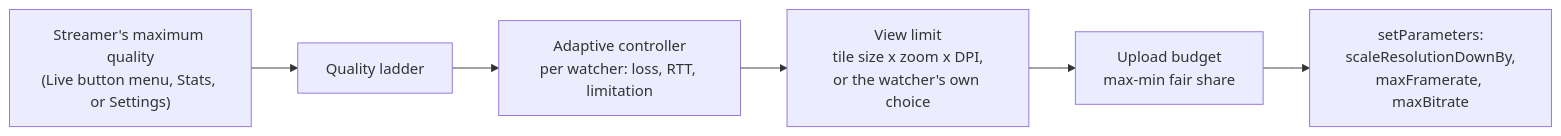
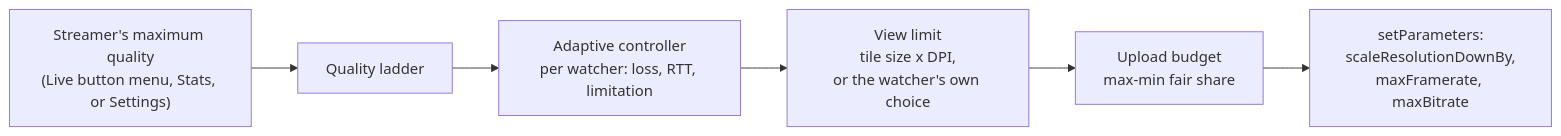
Before and after one commit to nsfxu/lan-screenshare: the third of 6 diagrams in docs/en-US/media-pipeline.md, drawn with Mermaid. The commit also changed other lines of this file and 17 other files, not shown here.

````diff
--- a/docs/en-US/media-pipeline.md
+++ b/docs/en-US/media-pipeline.md
@@ -107,8 +107,8 @@
 ```mermaid
 flowchart LR
   A["Streamer's maximum quality<br/>(Live button menu, Stats, or Settings)"] --> L["Quality ladder"]
   L --> B["Adaptive controller<br/>per watcher: loss, RTT, limitation"]
-  B --> C["View limit<br/>tile size x zoom x DPI,<br/>or the watcher's own choice"]
+  B --> C["View limit<br/>tile size x DPI,<br/>or the watcher's own choice"]
   C --> D["Upload budget<br/>max-min fair share"]
   D --> E["setParameters:<br/>scaleResolutionDownBy,<br/>maxFramerate, maxBitrate"]
 ```
````
